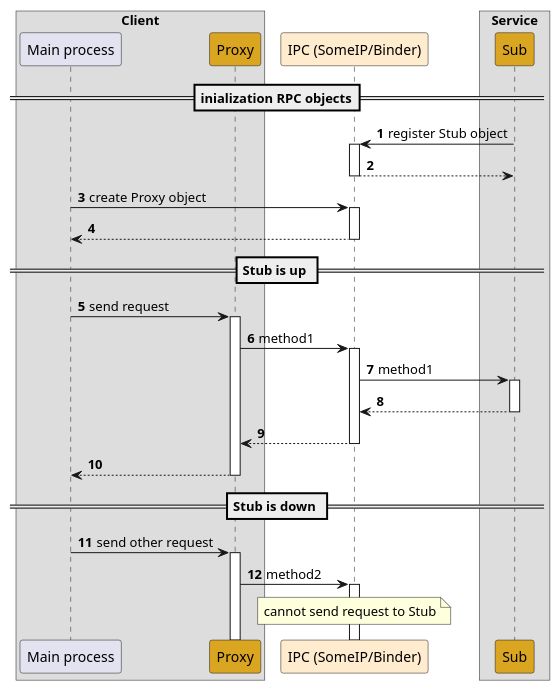
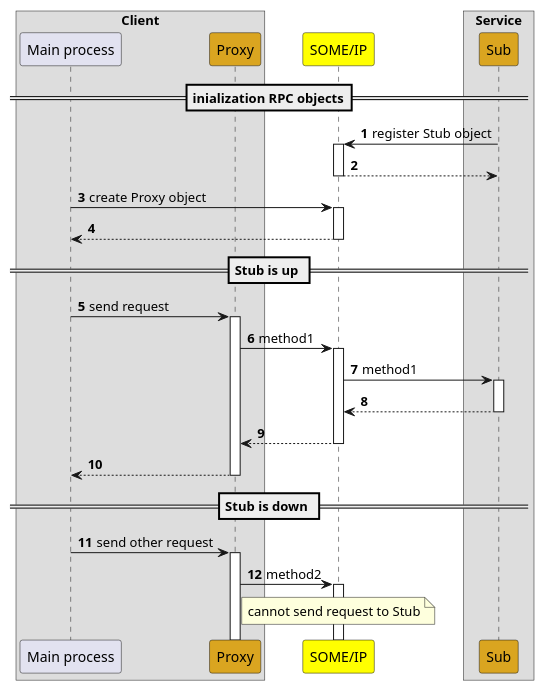
One commit to taikt/codefun changed the diagram in doc/SA cert/Design/availability_rpc.wsd. Above: the diagram before and after it, drawn with PlantUML. The commit also changed 27 other files, not shown here.

```diff
--- a/doc/SA cert/Design/availability_rpc.wsd
+++ b/doc/SA cert/Design/availability_rpc.wsd
@@ -2,36 +2,36 @@
 @startuml
 !pragma teoz true
 autonumber
 autoactivate on
 Box "Client"
 participant "Main process" as main
 participant "Proxy" as pro #GoldenRod
 end box
 
-participant "IPC (SomeIP/Binder)" as ipc #BlanchedAlmond
+participant "SOME/IP" as ipc #Yellow
 
 Box "Service"
 participant "Sub" as stu #GoldenRod
 end box
 
 == inialization RPC objects==
 stu -> ipc: register Stub object
 ipc --> stu:
 main -> ipc: create Proxy object
 ipc --> main:
 
 == Stub is up ==
 main -> pro: send request
 pro -> ipc: method1
 ipc -> stu: method1
 stu --> ipc:
 ipc --> pro:
 pro --> main:
 
 == Stub is down ==
 main -> pro: send other request
 pro -> ipc: method2
 note over ipc
 cannot send request to Stub
 end note
 @enduml
```
